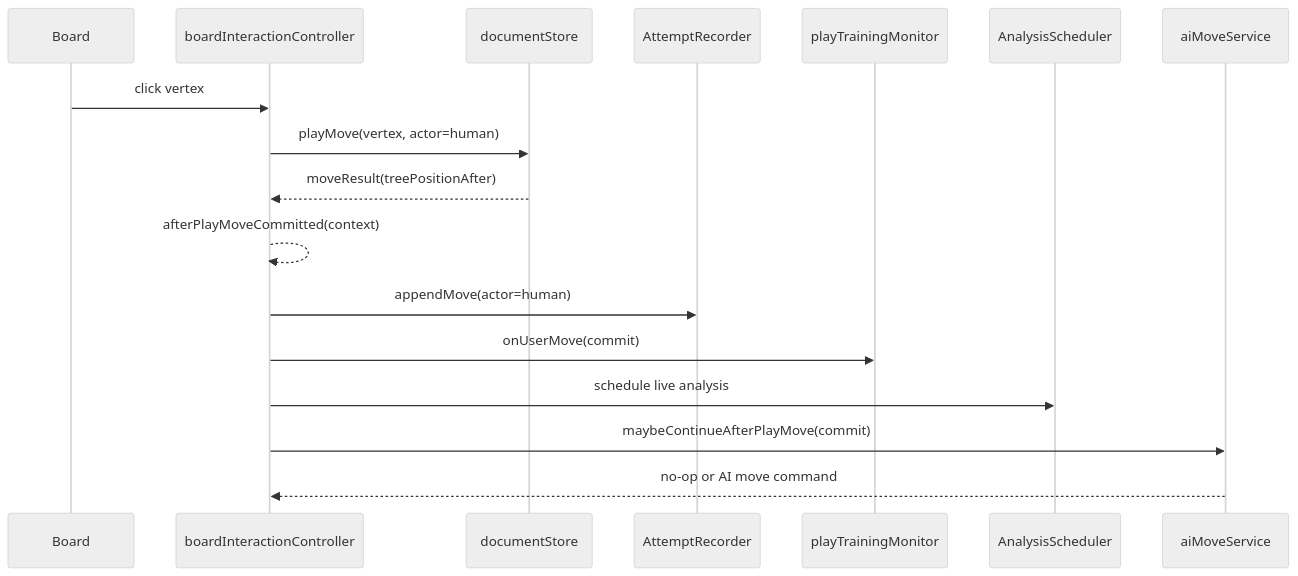
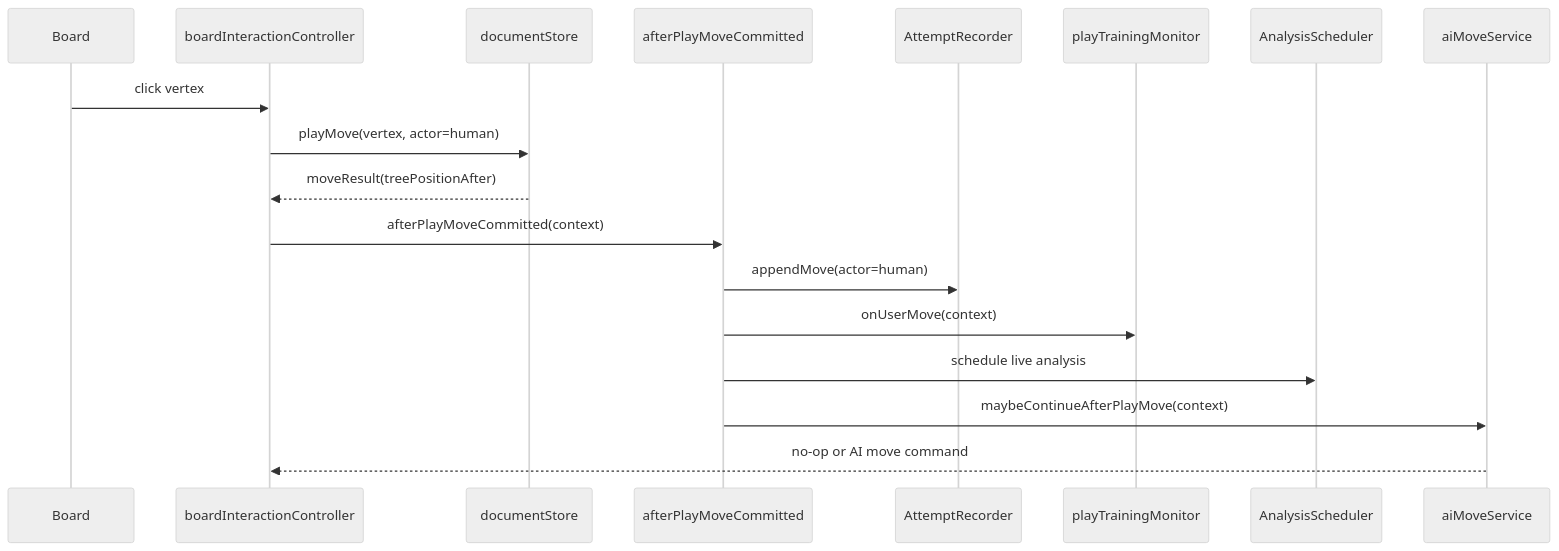
One commit to Gaogao417/Sabaki changed the second of 4 diagrams in docs/design/play-move-committed-architecture.md. Above: the diagram before and after it, drawn with Mermaid (neutral theme). The commit also changed other lines of this file and 2 other files, not shown here.

Commit message:
docs: align play move commit architecture

````diff
--- a/docs/design/play-move-committed-architecture.md
+++ b/docs/design/play-move-committed-architecture.md
@@ -149,20 +163,21 @@
 ```mermaid
 sequenceDiagram
   participant UI as Board
   participant BIC as boardInteractionController
   participant DS as documentStore
+  participant Hook as afterPlayMoveCommitted
   participant AR as AttemptRecorder
   participant MON as playTrainingMonitor
   participant ANA as AnalysisScheduler
   participant AI as aiMoveService
 
   UI->>BIC: click vertex
   BIC->>DS: playMove(vertex, actor=human)
   DS-->>BIC: moveResult(treePositionAfter)
-  BIC-->>BIC: afterPlayMoveCommitted(context)
-  BIC->>AR: appendMove(actor=human)
-  BIC->>MON: onUserMove(commit)
-  BIC->>ANA: schedule live analysis
-  BIC->>AI: maybeContinueAfterPlayMove(commit)
+  BIC->>Hook: afterPlayMoveCommitted(context)
+  Hook->>AR: appendMove(actor=human)
+  Hook->>MON: onUserMove(context)
+  Hook->>ANA: schedule live analysis
+  Hook->>AI: maybeContinueAfterPlayMove(context)
   AI-->>BIC: no-op or AI move command
 ```
````
